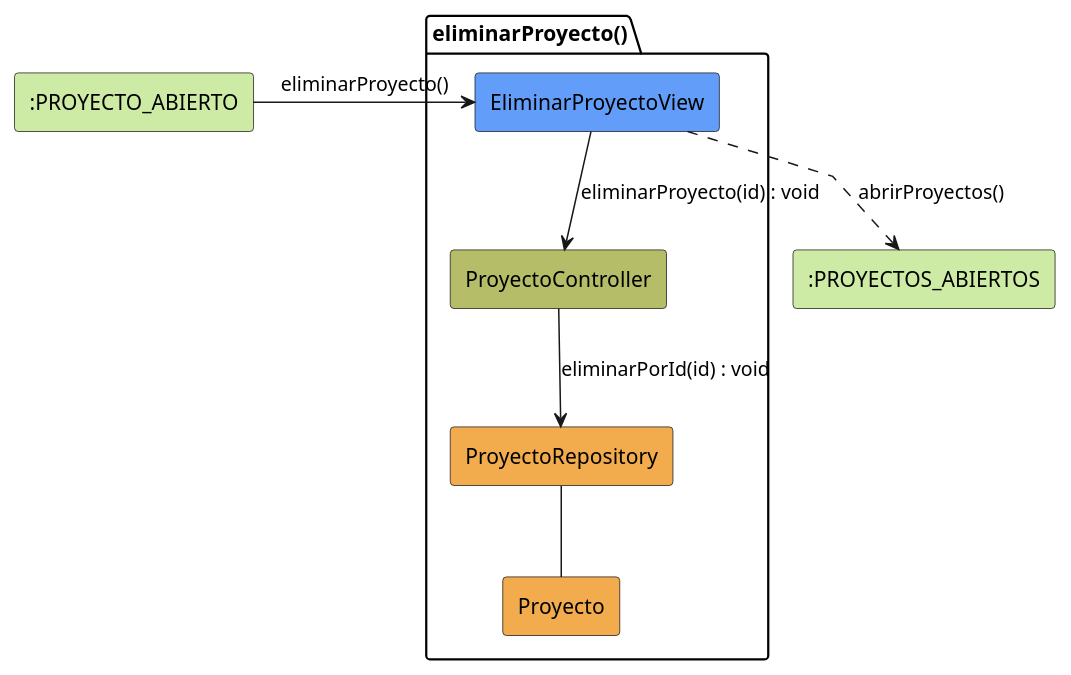
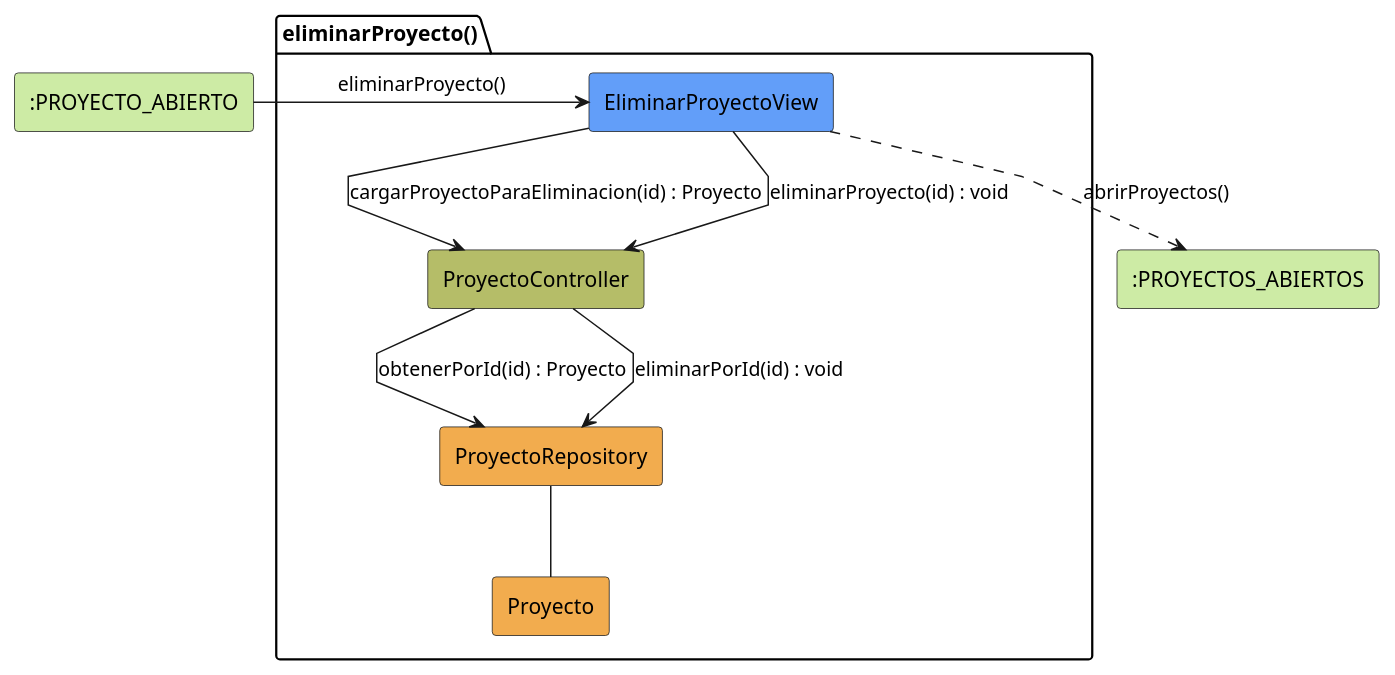
One commit to 31Diego/25-26-idsw2-sdVC changed the diagram in modelosUML/analisis/coordinador/eliminarProyecto.puml. Above: the diagram before and after it, drawn with PlantUML. The commit also changed 193 other files, not shown here.

```diff
--- a/modelosUML/analisis/coordinador/eliminarProyecto.puml
+++ b/modelosUML/analisis/coordinador/eliminarProyecto.puml
@@ -1,25 +1,29 @@
 @startuml eliminarProyecto-analisis
 skinparam linetype polyline
 
 rectangle #CDEBA5 ":PROYECTO_ABIERTO" as ProyectoAbierto
 
 package eliminarProyecto as "eliminarProyecto()" {
     rectangle #629EF9 EliminarProyectoView
     rectangle #b5bd68 ProyectoController
     rectangle #F2AC4E ProyectoRepository
     rectangle #F2AC4E Proyecto
 }
 
 rectangle #CDEBA5 ":PROYECTOS_ABIERTOS" as ProyectosSalida
 
 ProyectoAbierto -r-> EliminarProyectoView: eliminarProyecto()
 
-EliminarProyectoView -d-> ProyectoController: eliminarProyecto(id) : void
+EliminarProyectoView -d-> ProyectoController: cargarProyectoParaEliminacion(id) : Proyecto
+
+ProyectoController --> ProyectoRepository: obtenerPorId(id) : Proyecto
+
+ProyectoRepository -- Proyecto
+
+EliminarProyectoView --> ProyectoController: eliminarProyecto(id) : void
 
 ProyectoController --> ProyectoRepository: eliminarPorId(id) : void
-
-ProyectoRepository -- Proyecto
 
 EliminarProyectoView ..> ProyectosSalida: abrirProyectos()
 
 @enduml
```
